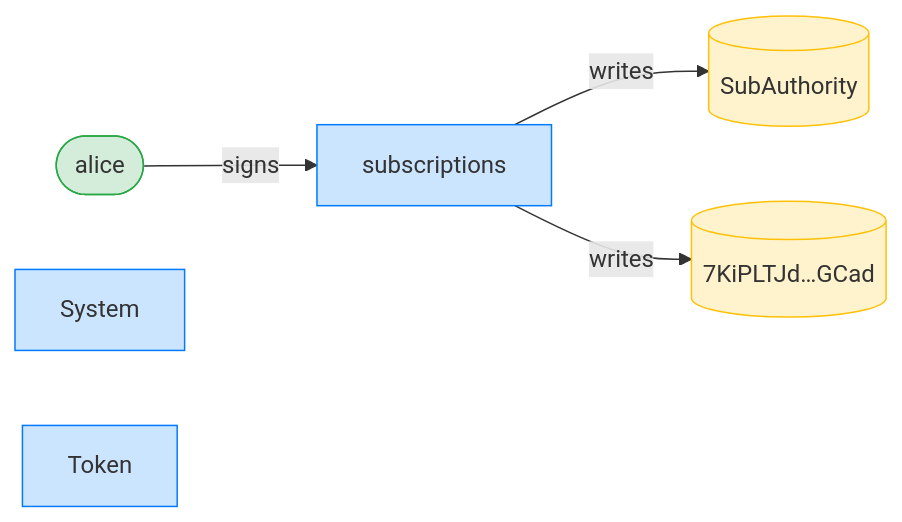
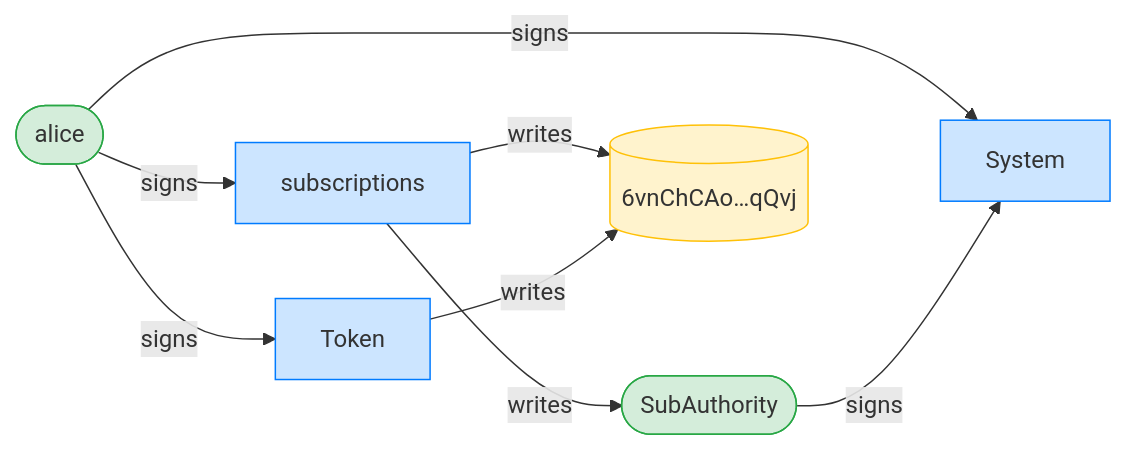
Before and after one commit to cds-rs/subscriptions: the third of 8 diagrams in dsl_tests/revoke-with-a-wrong-receiver-is-unauthorized.md, drawn with Mermaid. The commit also changed other lines of this file and 224 other files, not shown here.

````diff
--- a/dsl_tests/revoke-with-a-wrong-receiver-is-unauthorized.md
+++ b/dsl_tests/revoke-with-a-wrong-receiver-is-unauthorized.md
@@ -53,15 +54,19 @@
 ```mermaid
 flowchart LR
     classDef signer fill:#d4edda,stroke:#28a745;
     classDef program fill:#cce5ff,stroke:#007bff;
     classDef writable fill:#fff3cd,stroke:#ffc107;
     subscriptions[subscriptions]:::program
     alice([alice]):::signer
-    SubAuthority[(SubAuthority)]:::writable
-    7KiPLTJd_GCad[("7KiPLTJd…GCad")]:::writable
+    SubAuthority([SubAuthority]):::signer
+    6vnChCAo_qQvj[("6vnChCAo…qQvj")]:::writable
     System[System]:::program
     Token[Token]:::program
     alice -->|signs| subscriptions
+    alice -->|signs| System
+    SubAuthority -->|signs| System
+    alice -->|signs| Token
     subscriptions -->|writes| SubAuthority
-    subscriptions -->|writes| 7KiPLTJd_GCad
+    subscriptions -->|writes| 6vnChCAo_qQvj
+    Token -->|writes| 6vnChCAo_qQvj
 ```
````
